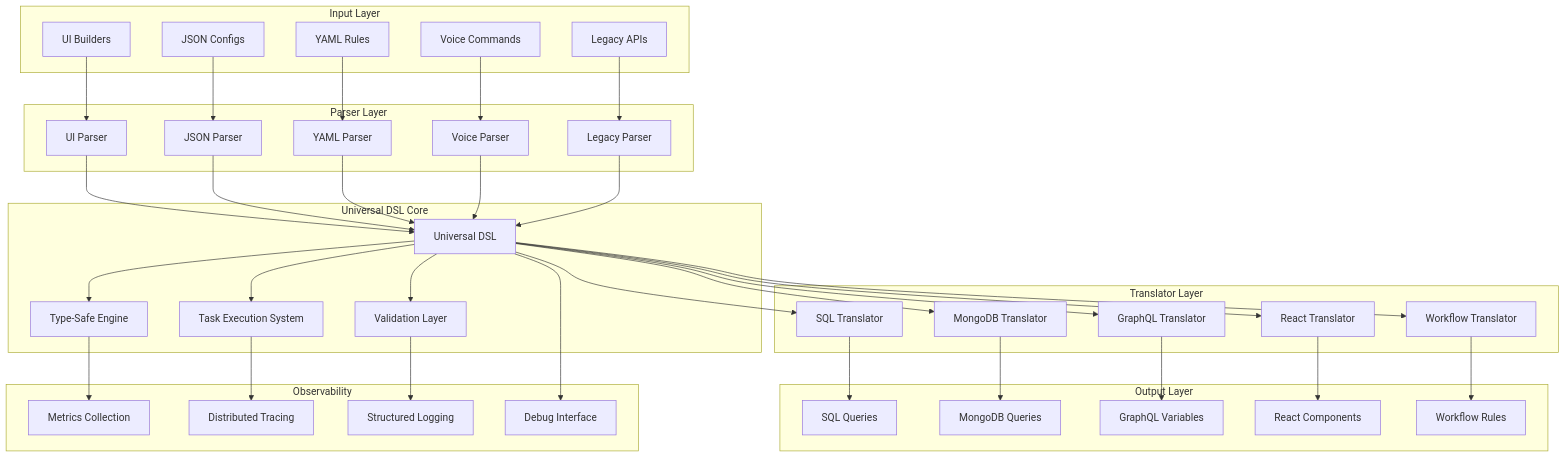
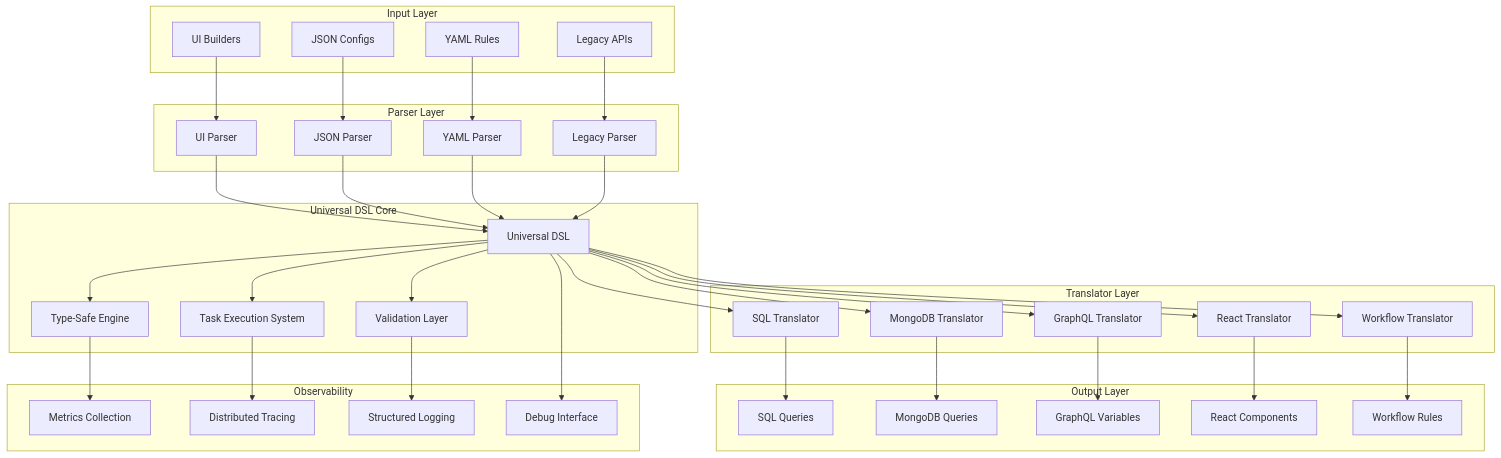
The diagram in README.md (mfaizan-pn/mation-engine), drawn with Mermaid before and after one commit. The commit also changed 70 other files, not shown here.

````diff
--- a/README.md
+++ b/README.md
@@ -345,81 +345,77 @@
 ```mermaid
 graph TB
     subgraph "Input Layer"
         UI[UI Builders]
         JSON[JSON Configs]
         YAML[YAML Rules]
-        Voice[Voice Commands]
         Legacy[Legacy APIs]
     end
     
     subgraph "Parser Layer"
         P1[UI Parser]
         P2[JSON Parser]
         P3[YAML Parser]
-        P4[Voice Parser]
         P5[Legacy Parser]
     end
     
     subgraph "Universal DSL Core"
         UDS[Universal DSL]
         TypeSafe[Type-Safe Engine]
         TaskExec[Task Execution System]
         Validation[Validation Layer]
     end
     
     subgraph "Translator Layer"
         T1[SQL Translator]
         T2[MongoDB Translator]
         T3[GraphQL Translator]
         T4[React Translator]
         T5[Workflow Translator]
     end
     
     subgraph "Output Layer"
         SQL[SQL Queries]
         Mongo[MongoDB Queries]
         GQL[GraphQL Variables]
         React[React Components]
         WF[Workflow Rules]
     end
     
     subgraph "Observability"
         Metrics[Metrics Collection]
         Tracing[Distributed Tracing]
         Logging[Structured Logging]
         Debug[Debug Interface]
     end
     
     UI --> P1
     JSON --> P2
     YAML --> P3
-    Voice --> P4
     Legacy --> P5
     
     P1 --> UDS
     P2 --> UDS
     P3 --> UDS
-    P4 --> UDS
     P5 --> UDS
     
     UDS --> TypeSafe
     UDS --> TaskExec
     UDS --> Validation
     
     UDS --> T1
     UDS --> T2
     UDS --> T3
     UDS --> T4
     UDS --> T5
     
     T1 --> SQL
     T2 --> Mongo
     T3 --> GQL
     T4 --> React
     T5 --> WF
     
     TypeSafe --> Metrics
     TaskExec --> Tracing
     Validation --> Logging
     UDS --> Debug
 ```
````
